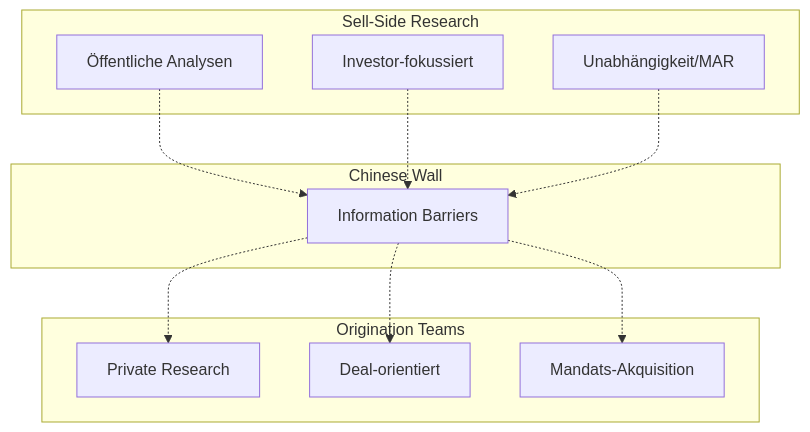
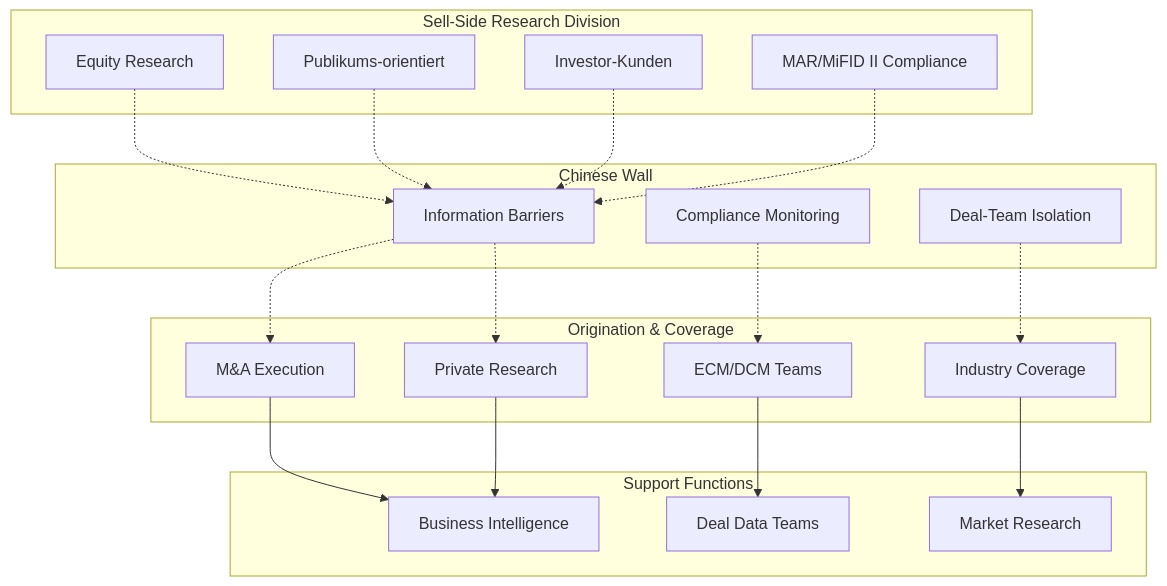
Before and after one commit to ProfDrT/investment-bank: the sixth of 12 diagrams in 06b_Research_Private_Companies.md, drawn with Mermaid. The commit also changed other lines of this file, not shown here.

First line of the commit message:
feat: comprehensive rewrite of private company research document

````diff
--- a/06b_Research_Private_Companies.md
+++ b/06b_Research_Private_Companies.md
@@ -135,25 +285,43 @@
 ```mermaid
 flowchart TB
-  subgraph "Sell-Side Research"
-    SR1["Öffentliche Analysen"]
-    SR2["Investor-fokussiert"]
-    SR3["Unabhängigkeit/MAR"]
-  end
-  
-  subgraph "Origination Teams"
-    OR1["Private Research"]
-    OR2["Deal-orientiert"]
-    OR3["Mandats-Akquisition"]
+  subgraph "Sell-Side Research Division"
+    SR1["Equity Research"]
+    SR2["Publikums-orientiert"]
+    SR3["Investor-Kunden"]
+    SR4["MAR/MiFID II Compliance"]
   end
   
   subgraph "Chinese Wall"
     CW["Information Barriers"]
+    CW2["Compliance Monitoring"]
+    CW3["Deal-Team Isolation"]
+  end
+  
+  subgraph "Origination & Coverage"
+    OR1["M&A Execution"]
+    OR2["ECM/DCM Teams"]
+    OR3["Industry Coverage"]
+    OR4["Private Research"]
+  end
+  
+  subgraph "Support Functions"
+    SF1["Business Intelligence"]
+    SF2["Deal Data Teams"]
+    SF3["Market Research"]
   end
   
   SR1 -.-> CW
-  SR2 -.-> CW  
+  SR2 -.-> CW
   SR3 -.-> CW
+  SR4 -.-> CW
+  
   CW -.-> OR1
-  CW -.-> OR2
-  CW -.-> OR3
+  CW2 -.-> OR2
+  CW3 -.-> OR3
+  CW -.-> OR4
+  
+  OR1 --> SF1
+  OR2 --> SF2
+  OR3 --> SF3
+  OR4 --> SF1
 ```
````
